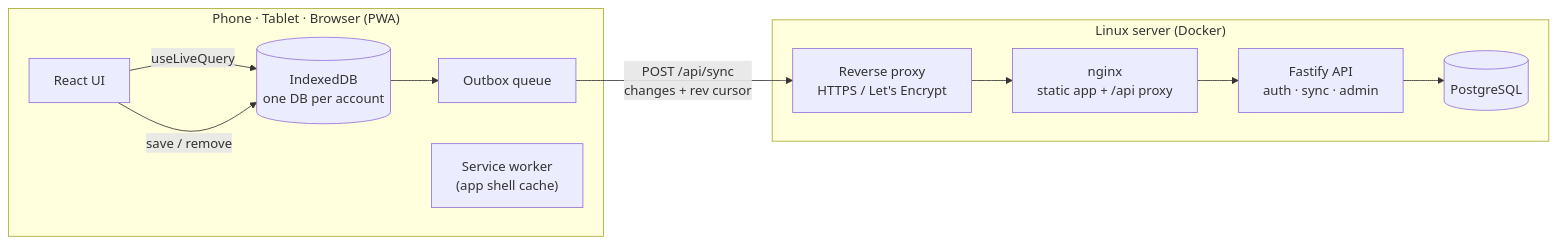
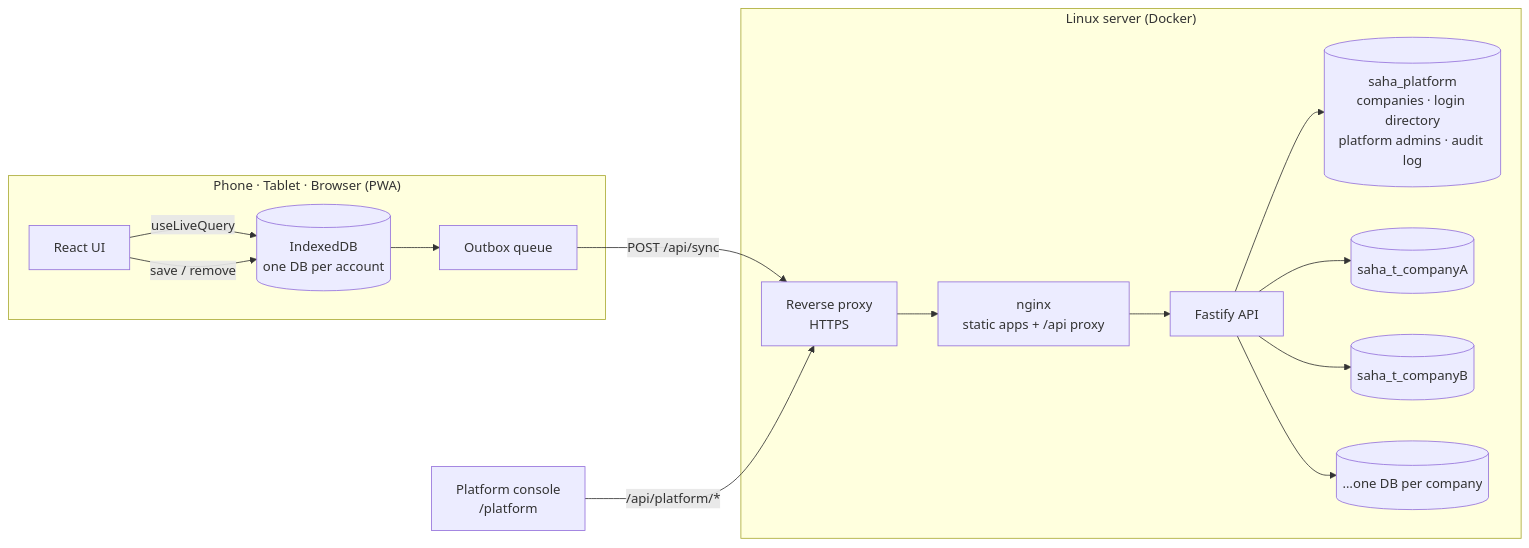
Before and after one commit to ricoglr/saha-crm: the diagram in README.md, drawn with Mermaid. The commit also changed other lines of this file and 5 other files, not shown here.

Commit message:
README: document multi-company platform and console

````diff
--- a/README.md
+++ b/README.md
@@ -129,16 +147,20 @@
 ```mermaid
 flowchart LR
   subgraph Device["Phone · Tablet · Browser (PWA)"]
     UI["React UI"] -- "useLiveQuery" --> IDB[("IndexedDB<br/>one DB per account")]
     UI -- "save / remove" --> IDB
     IDB --> OB["Outbox queue"]
-    SW["Service worker<br/>(app shell cache)"]
   end
+  PC["Platform console<br/>/platform"]
 
-  OB -- "POST /api/sync<br/>changes + rev cursor" --> EDGE
+  OB -- "POST /api/sync" --> EDGE
+  PC -- "/api/platform/*" --> EDGE
   subgraph Server["Linux server (Docker)"]
-    EDGE["Reverse proxy<br/>HTTPS / Let's Encrypt"] --> WEB["nginx<br/>static app + /api proxy"]
-    WEB --> API["Fastify API<br/>auth · sync · admin"]
-    API --> PG[("PostgreSQL")]
+    EDGE["Reverse proxy<br/>HTTPS"] --> WEB["nginx<br/>static apps + /api proxy"]
+    WEB --> API["Fastify API"]
+    API --> CTRL[("saha_platform<br/>companies · login directory<br/>platform admins · audit log")]
+    API --> T1[("saha_t_companyA")]
+    API --> T2[("saha_t_companyB")]
+    API --> T3[("…one DB per company")]
   end
 ```
````
